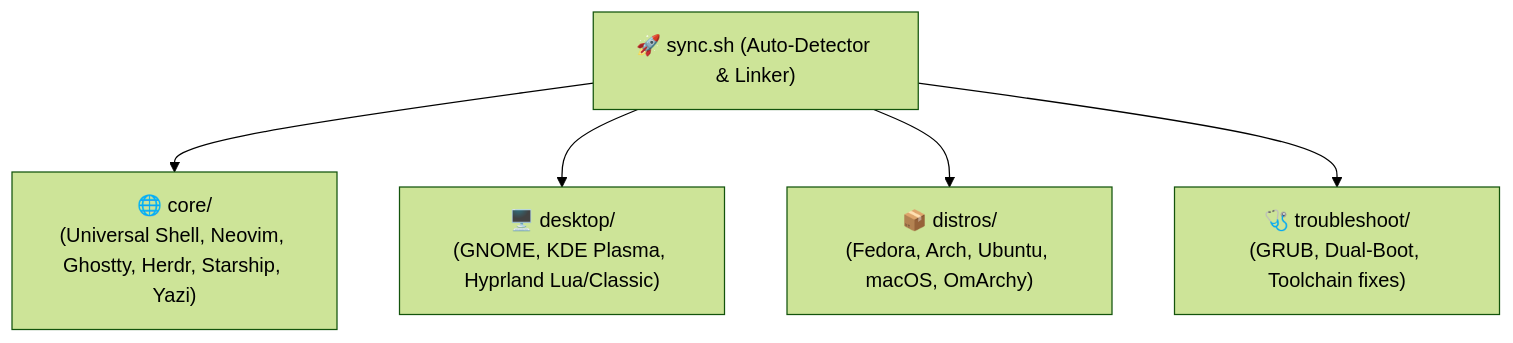
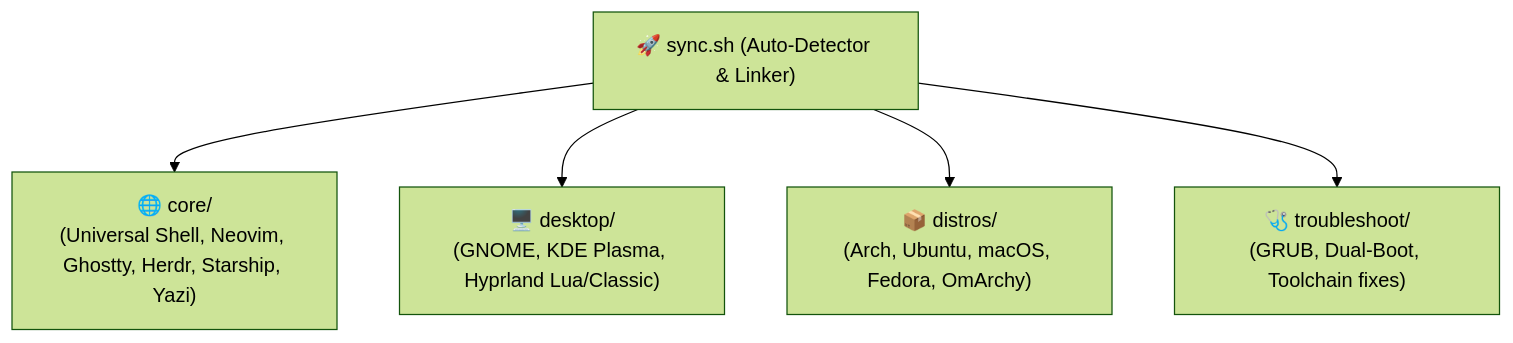
The diagram in README.md (Codesmith28/archConfig), drawn with Mermaid (forest theme) before and after one commit. The commit also changed other lines of this file, not shown here.

Commit message:
docs: update distribution order to Arch, Ubuntu, macOS, Fedora

````diff
--- a/README.md
+++ b/README.md
@@ -24,13 +24,13 @@
 ```mermaid
 graph TD
     Sync["🚀 sync.sh (Auto-Detector & Linker)"]
     Core["🌐 core/<br/>(Universal Shell, Neovim, Ghostty, Herdr, Starship, Yazi)"]
     Desktop["🖥️ desktop/<br/>(GNOME, KDE Plasma, Hyprland Lua/Classic)"]
-    Distros["📦 distros/<br/>(Fedora, Arch, Ubuntu, macOS, OmArchy)"]
+    Distros["📦 distros/<br/>(Arch, Ubuntu, macOS, Fedora, OmArchy)"]
     Troubleshoot["🩺 troubleshoot/<br/>(GRUB, Dual-Boot, Toolchain fixes)"]
     
     Sync --> Core
     Sync --> Desktop
     Sync --> Distros
     Sync --> Troubleshoot
 ```
````
